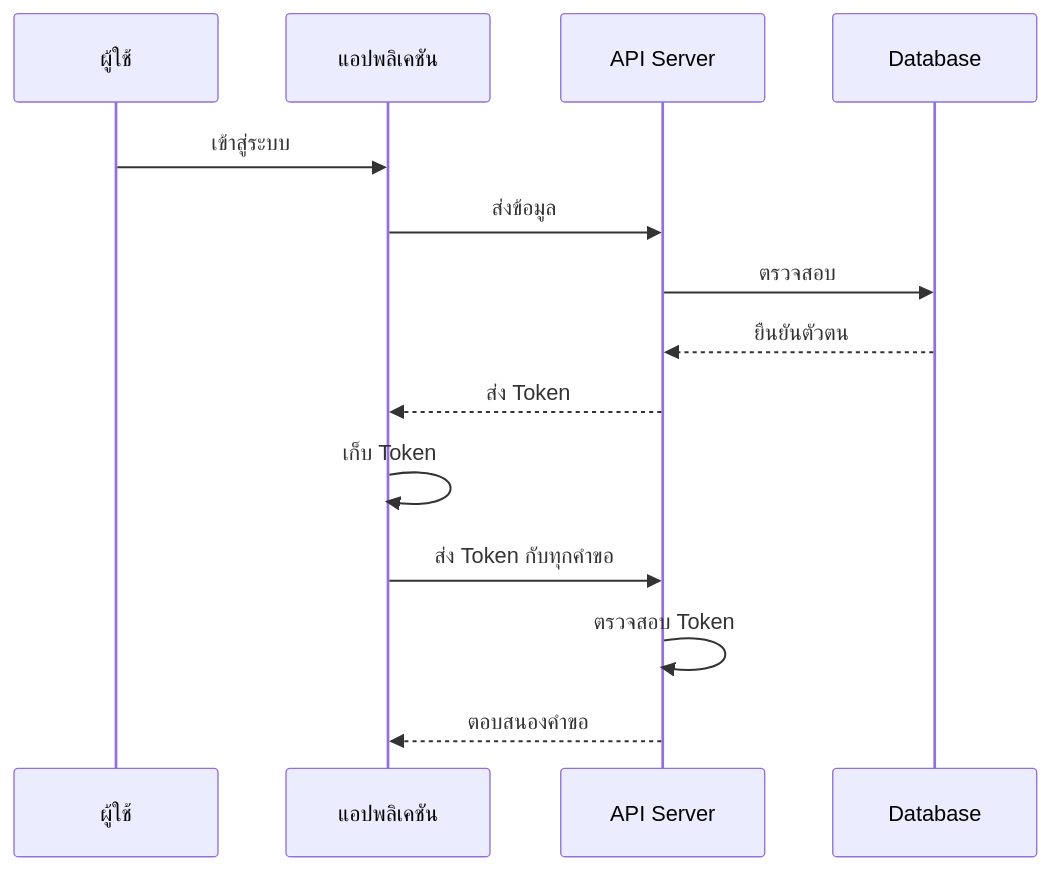
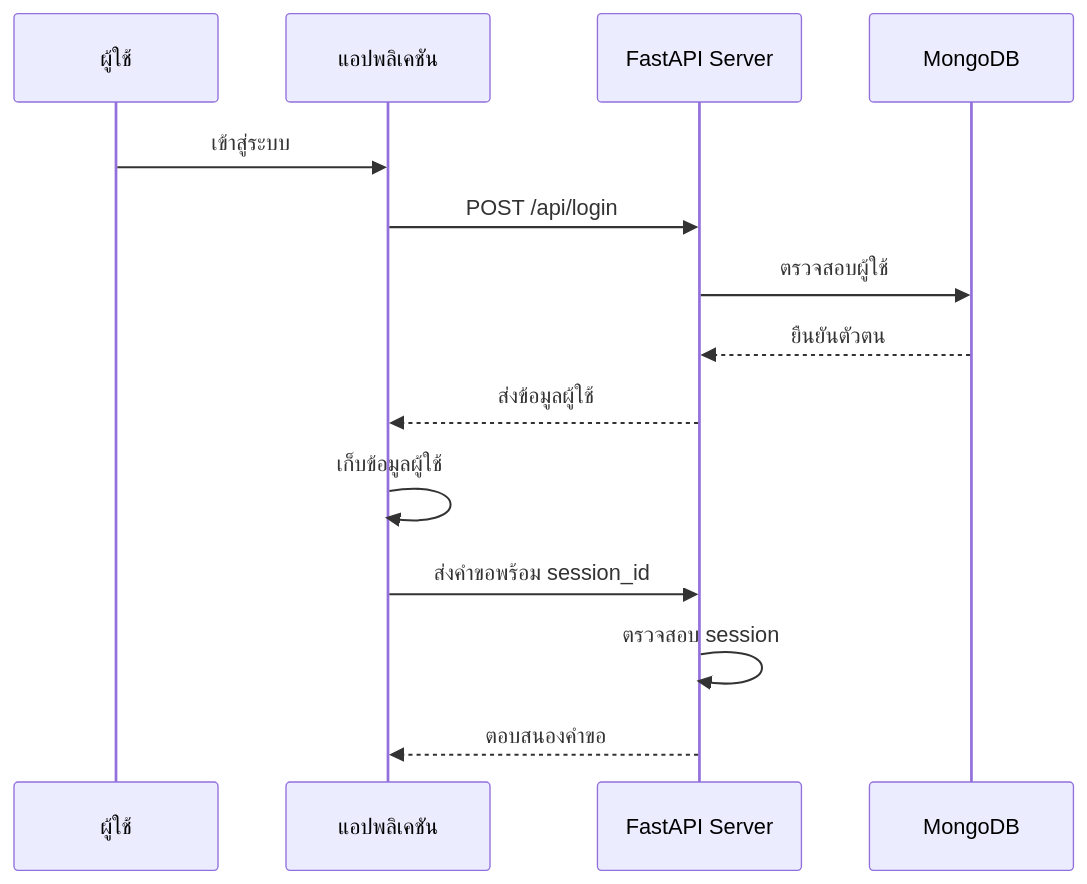
The eighth of 20 diagrams in docs/diagrams.md (Phattarapong26/PowerAiChat_LLM), drawn with Mermaid before and after one commit. The commit also changed other lines of this file, not shown here.

````diff
--- a/docs/diagrams.md
+++ b/docs/diagrams.md
@@ -143,17 +153,17 @@
 ```mermaid
 sequenceDiagram
     participant User as ผู้ใช้
     participant App as แอปพลิเคชัน
-    participant API as API Server
-    participant DB as Database
+    participant API as FastAPI Server
+    participant DB as MongoDB
 
     User->>App: เข้าสู่ระบบ
-    App->>API: ส่งข้อมูล
-    API->>DB: ตรวจสอบ
+    App->>API: POST /api/login
+    API->>DB: ตรวจสอบผู้ใช้
     DB-->>API: ยืนยันตัวตน
-    API-->>App: ส่ง Token
-    App->>App: เก็บ Token
-    App->>API: ส่ง Token กับทุกคำขอ
-    API->>API: ตรวจสอบ Token
+    API-->>App: ส่งข้อมูลผู้ใช้
+    App->>App: เก็บข้อมูลผู้ใช้
+    App->>API: ส่งคำขอพร้อม session_id
+    API->>API: ตรวจสอบ session
     API-->>App: ตอบสนองคำขอ
 ```
````
